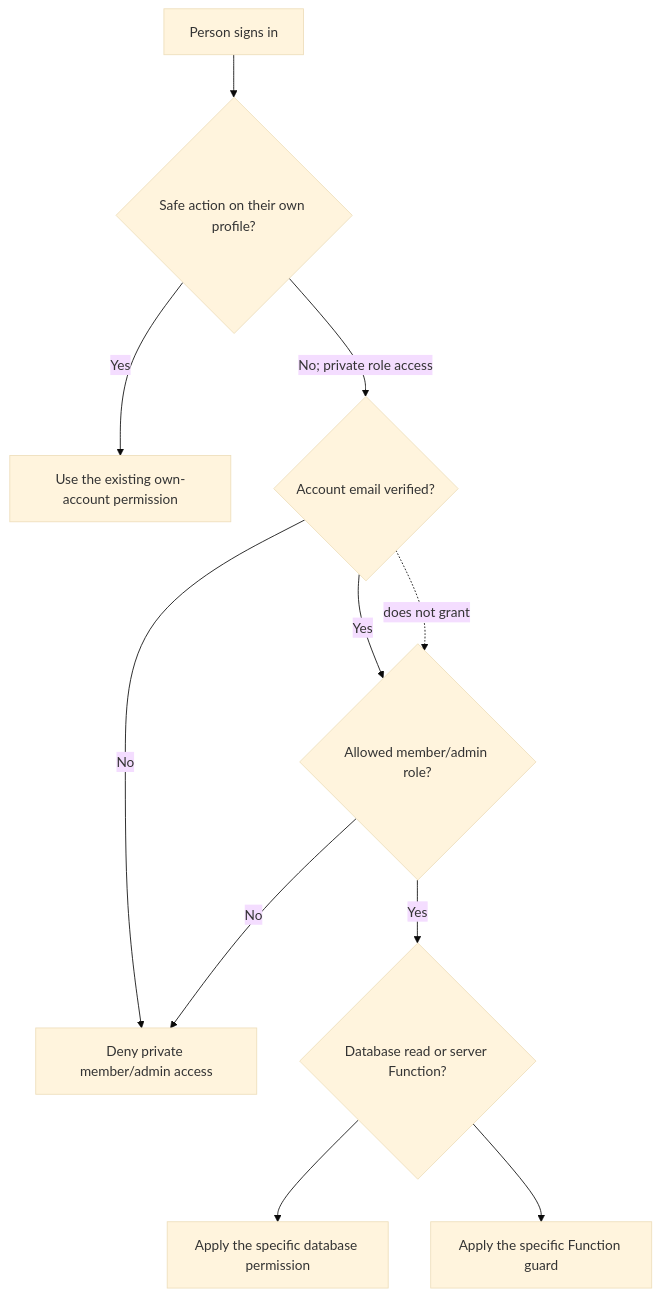
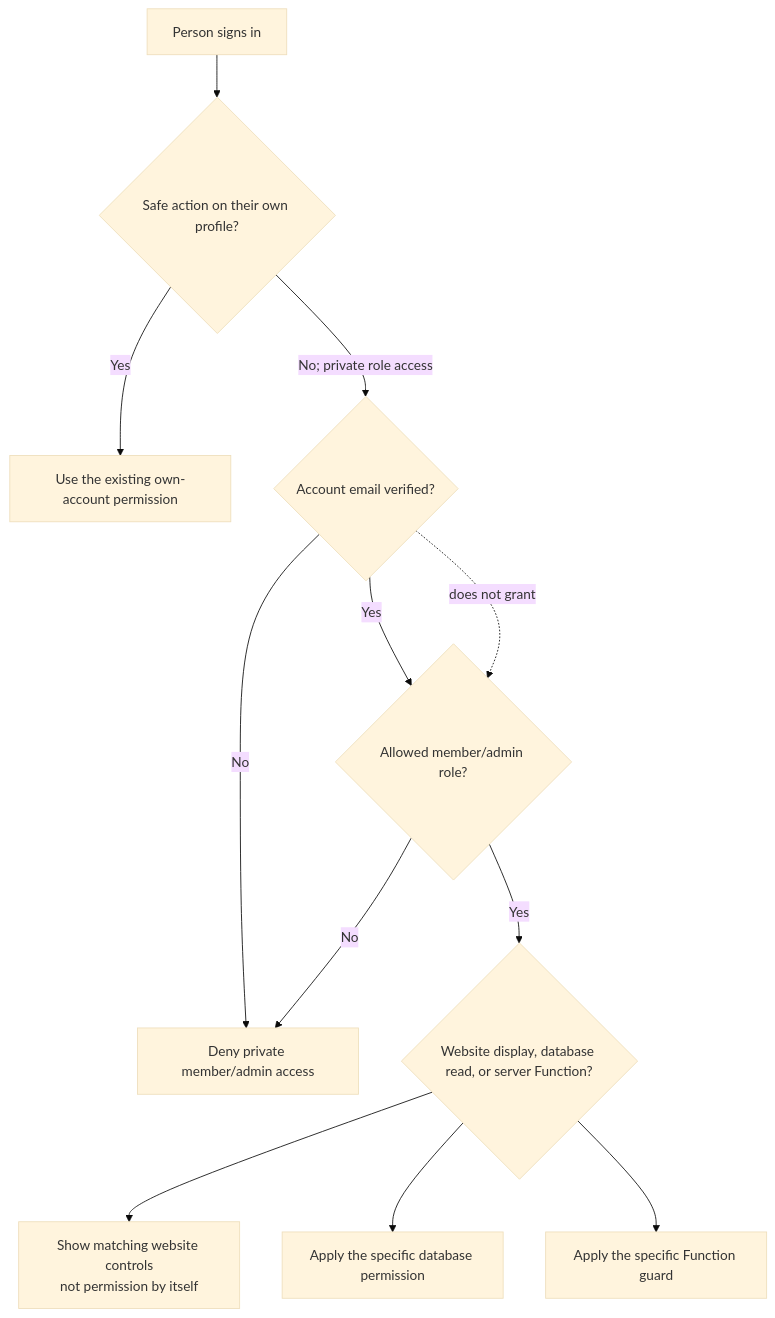
Before and after one commit to Run-MPRC/Run-MPRC.github.io: the fifth of 8 diagrams in docs/officers/SYSTEM_MAPS.md, drawn with Mermaid (base theme). The commit also changed other lines of this file and 8 other files, not shown here.

````diff
--- a/docs/officers/SYSTEM_MAPS.md
+++ b/docs/officers/SYSTEM_MAPS.md
@@ -88,13 +88,14 @@
 ```mermaid
 flowchart TD
     SignIn["Person signs in"] --> Own{"Safe action on their own profile?"}
     Own -- "Yes" --> Self["Use the existing own-account permission"]
     Own -- "No; private role access" --> Verified{"Account email verified?"}
     Verified -- "No" --> Deny["Deny private member/admin access"]
     Verified -- "Yes" --> Role{"Allowed member/admin role?"}
     Role -- "No" --> Deny
-    Role -- "Yes" --> Surface{"Database read or server Function?"}
+    Role -- "Yes" --> Surface{"Website display, database read, or server Function?"}
+    Surface --> Website["Show matching website controls\nnot permission by itself"]
     Surface --> Rules["Apply the specific database permission"]
     Surface --> Function["Apply the specific Function guard"]
     Verified -. "does not grant" .-> Role
 ```
````
